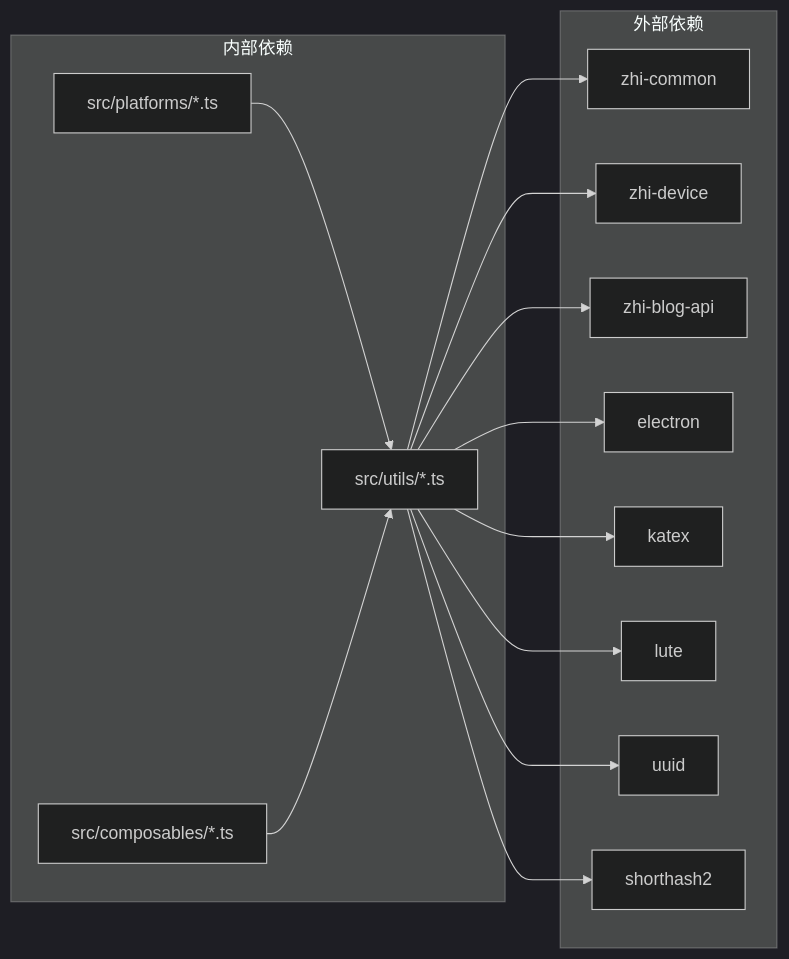
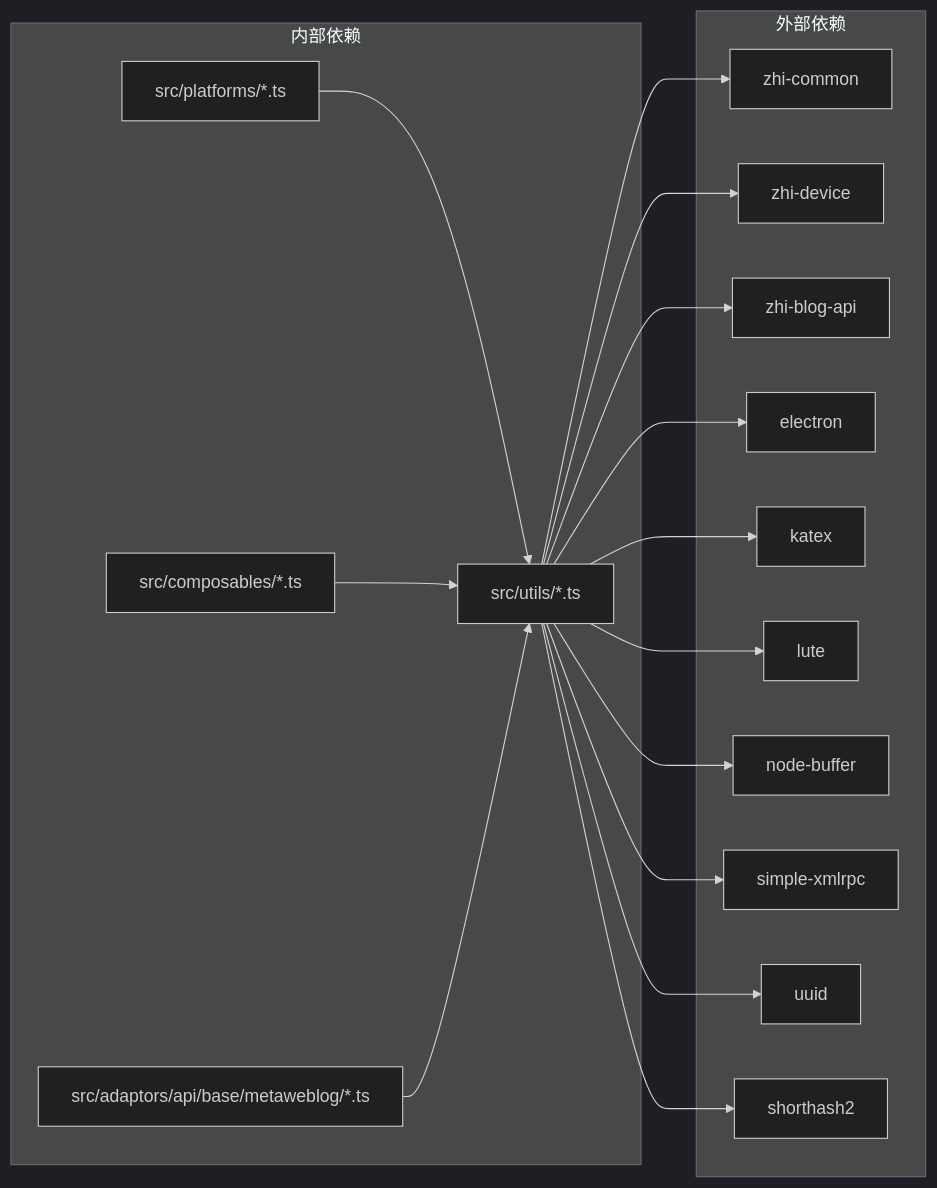
One commit to terwer/siyuan-plugin-publisher changed the eighth of 8 diagrams in .qoder/repowiki/zh/content/API参考文档/工具函数API/工具函数API.md. Above: the diagram before and after it, drawn with Mermaid (dark theme). The commit also changed other lines of this file and 16 other files, not shown here.

````diff
--- a/.qoder/repowiki/zh/content/API参考文档/工具函数API/工具函数API.md
+++ b/.qoder/repowiki/zh/content/API参考文档/工具函数API/工具函数API.md
@@ -554,28 +703,34 @@
 ```mermaid
 graph LR
 subgraph "内部依赖"
 A[src/utils/*.ts]
 B[src/platforms/*.ts]
 C[src/composables/*.ts]
+D[src/adaptors/api/base/metaweblog/*.ts]
 end
 subgraph "外部依赖"
-D[zhi-common]
-E[zhi-device]
-F[zhi-blog-api]
-G[electron]
-H[katex]
-I[lute]
-J[uuid]
-K[shorthash2]
+E[zhi-common]
+F[zhi-device]
+G[zhi-blog-api]
+H[electron]
+I[katex]
+J[lute]
+K[node-buffer]
+L[simple-xmlrpc]
+M[uuid]
+N[shorthash2]
 end
-A --> D
 A --> E
 A --> F
 A --> G
 A --> H
 A --> I
 A --> J
 A --> K
+A --> L
+A --> M
+A --> N
 B --> A
 C --> A
+D --> A
 ```
````
